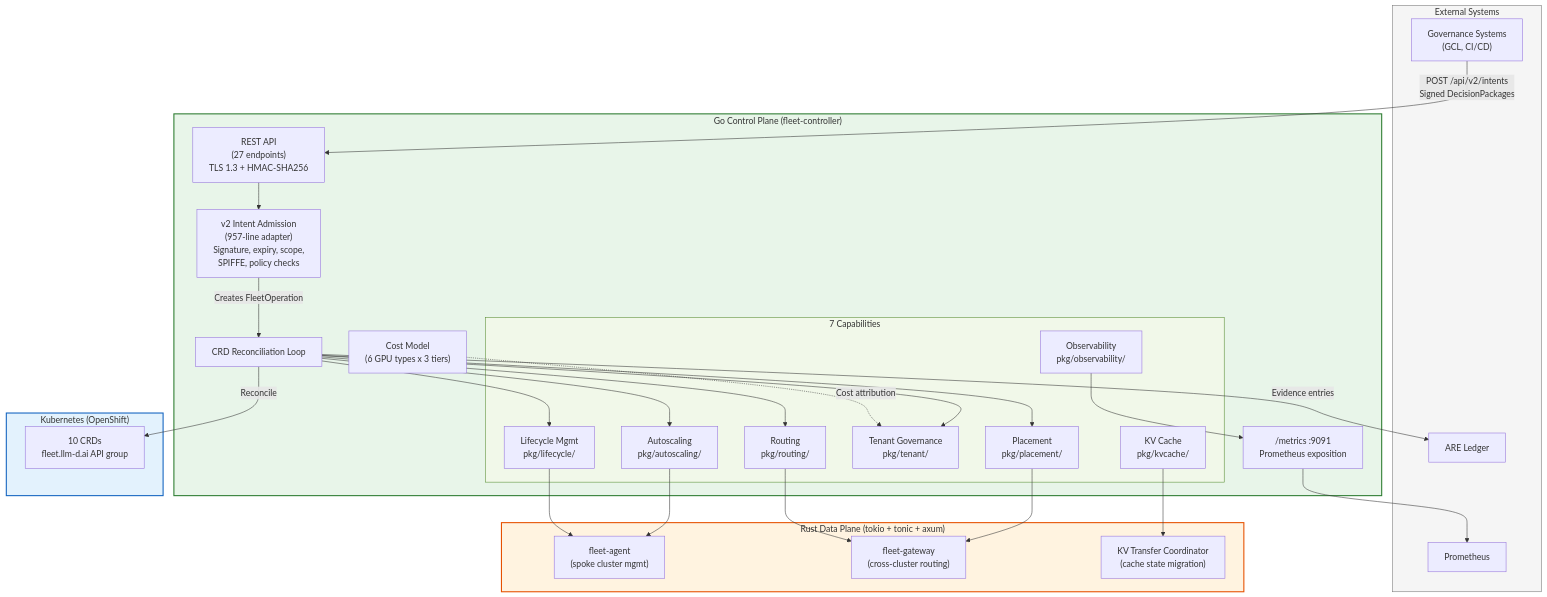
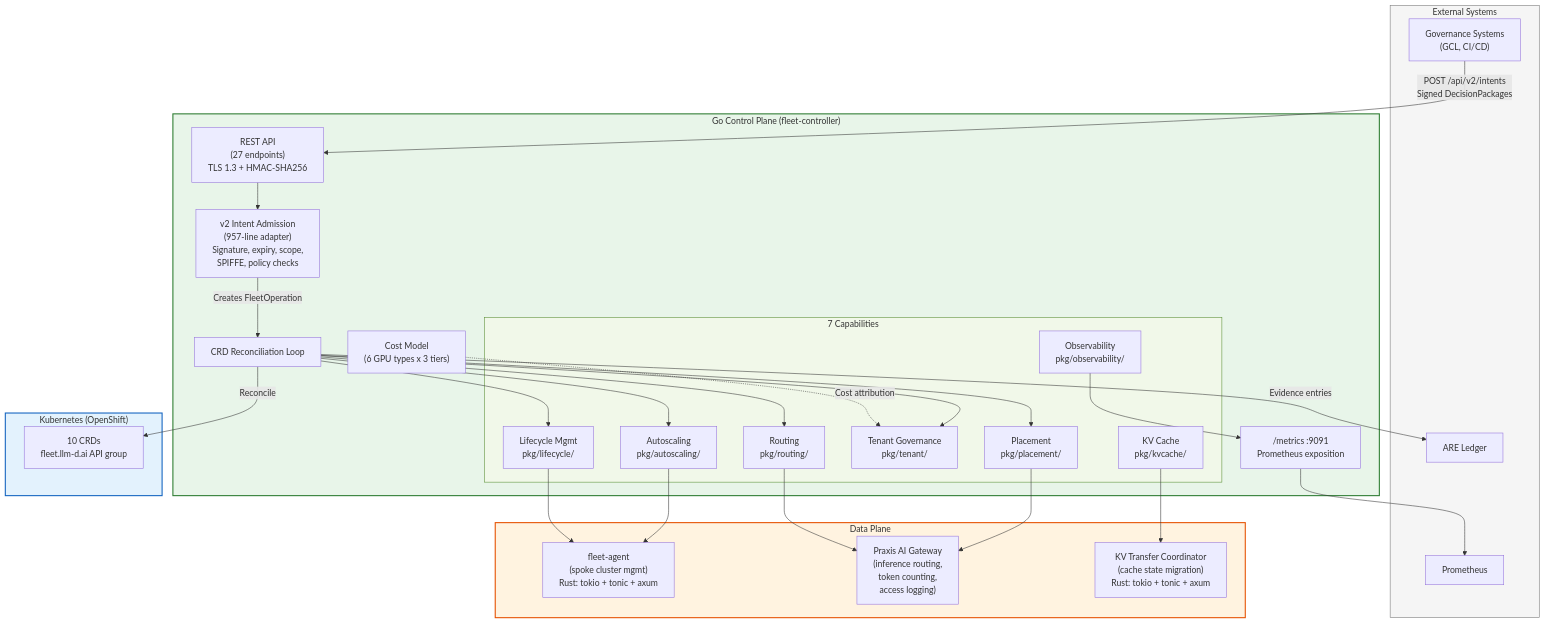
Before and after one commit to jkershawrh/fleet-llm-d: the second of 11 diagrams in docs/whitepaper/diagrams.md, drawn with Mermaid. The commit also changed other lines of this file and 10 other files, not shown here.

First line of the commit message:
docs: update all documentation for Praxis architecture alignment

````diff
--- a/docs/whitepaper/diagrams.md
+++ b/docs/whitepaper/diagrams.md
@@ -59,57 +59,57 @@
 ```mermaid
 graph TB
     subgraph EXTERNAL["External Systems"]
         GOV["Governance Systems<br/>(GCL, CI/CD)"]
         PROM["Prometheus"]
         LEDGER["ARE Ledger"]
     end
 
     subgraph GOCP["Go Control Plane (fleet-controller)"]
         API["REST API<br/>(27 endpoints)<br/>TLS 1.3 + HMAC-SHA256"]
         ADMIT["v2 Intent Admission<br/>(957-line adapter)<br/>Signature, expiry, scope,<br/>SPIFFE, policy checks"]
 
         subgraph CAPS["7 Capabilities"]
             PL["Placement<br/>pkg/placement/"]
             RT["Routing<br/>pkg/routing/"]
             AS["Autoscaling<br/>pkg/autoscaling/"]
             OB["Observability<br/>pkg/observability/"]
             TG["Tenant Governance<br/>pkg/tenant/"]
             LM["Lifecycle Mgmt<br/>pkg/lifecycle/"]
             KV["KV Cache<br/>pkg/kvcache/"]
         end
 
         RECON["CRD Reconciliation Loop"]
         COST["Cost Model<br/>(6 GPU types x 3 tiers)"]
         METRICS["/metrics :9091<br/>Prometheus exposition"]
     end
 
-    subgraph RUSTDP["Rust Data Plane (tokio + tonic + axum)"]
-        AGENT["fleet-agent<br/>(spoke cluster mgmt)"]
-        GW["fleet-gateway<br/>(cross-cluster routing)"]
-        KVTX["KV Transfer Coordinator<br/>(cache state migration)"]
+    subgraph RUSTDP["Data Plane"]
+        AGENT["fleet-agent<br/>(spoke cluster mgmt)<br/>Rust: tokio + tonic + axum"]
+        PRAXIS["Praxis AI Gateway<br/>(inference routing,<br/>token counting,<br/>access logging)"]
+        KVTX["KV Transfer Coordinator<br/>(cache state migration)<br/>Rust: tokio + tonic + axum"]
     end
 
     subgraph K8S["Kubernetes (OpenShift)"]
         CRDS["10 CRDs<br/>fleet.llm-d.ai API group"]
     end
 
     GOV -- "POST /api/v2/intents<br/>Signed DecisionPackages" --> API
     API --> ADMIT
     ADMIT -- "Creates FleetOperation" --> RECON
     RECON -- "Reconcile" --> CRDS
     RECON --> PL & RT & AS & TG & LM
-    PL & RT --> GW
+    PL & RT --> PRAXIS
     AS --> AGENT
     LM --> AGENT
     KV --> KVTX
     OB --> METRICS
     METRICS --> PROM
     RECON -- "Evidence entries" --> LEDGER
     COST -. "Cost attribution" .-> TG
 
     style GOCP fill:#e8f5e9,stroke:#2E7D32,stroke-width:2px
     style RUSTDP fill:#fff3e0,stroke:#E65100,stroke-width:2px
     style CAPS fill:#f1f8e9,stroke:#558B2F,stroke-width:1px
     style K8S fill:#e3f2fd,stroke:#1565C0,stroke-width:2px
     style EXTERNAL fill:#f5f5f5,stroke:#757575,stroke-width:1px
 ```
````
